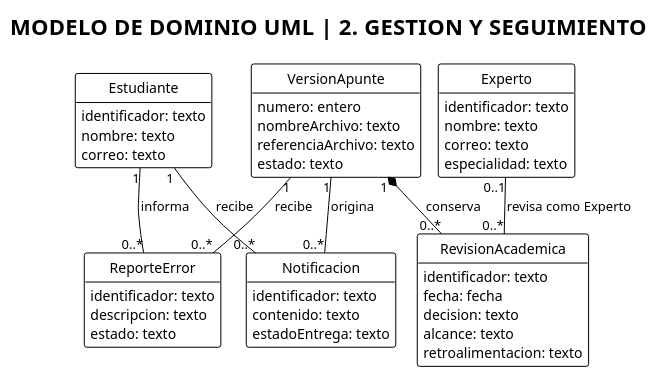
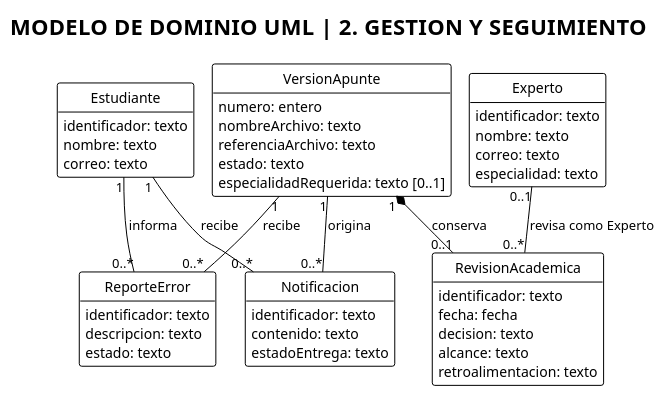
Before and after one commit to mapacheCorps/entrega: the diagram in diagramas/modelo-dominio-gestion.puml, drawn with PlantUML. The commit also changed 40 other files, not shown here.

```diff
--- a/diagramas/modelo-dominio-gestion.puml
+++ b/diagramas/modelo-dominio-gestion.puml
@@ -1,56 +1,57 @@
 @startuml
 !pragma layout smetana
 !theme plain
 skinparam shadowing false
 skinparam classAttributeIconSize 0
 hide methods
 hide circle
 title MODELO DE DOMINIO UML  |  2. GESTION Y SEGUIMIENTO
 
 class Estudiante {
   identificador: texto
   nombre: texto
   correo: texto
 }
 
 class Experto {
   identificador: texto
   nombre: texto
   correo: texto
   especialidad: texto
 }
 
 class VersionApunte {
   numero: entero
   nombreArchivo: texto
   referenciaArchivo: texto
   estado: texto
+  especialidadRequerida: texto [0..1]
 }
 
 class Notificacion {
   identificador: texto
   contenido: texto
   estadoEntrega: texto
 }
 
 class ReporteError {
   identificador: texto
   descripcion: texto
   estado: texto
 }
 
 class RevisionAcademica {
   identificador: texto
   fecha: fecha
   decision: texto
   alcance: texto
   retroalimentacion: texto
 }
 
 VersionApunte "1" -- "0..*" Notificacion : origina
 Estudiante "1" -- "0..*" Notificacion : recibe
 VersionApunte "1" -- "0..*" ReporteError : recibe
 Estudiante "1" -- "0..*" ReporteError : informa
-VersionApunte "1" *-- "0..*" RevisionAcademica : conserva
+VersionApunte "1" *-- "0..1" RevisionAcademica : conserva
 Experto "0..1" -- "0..*" RevisionAcademica : revisa como Experto
 @enduml
```
